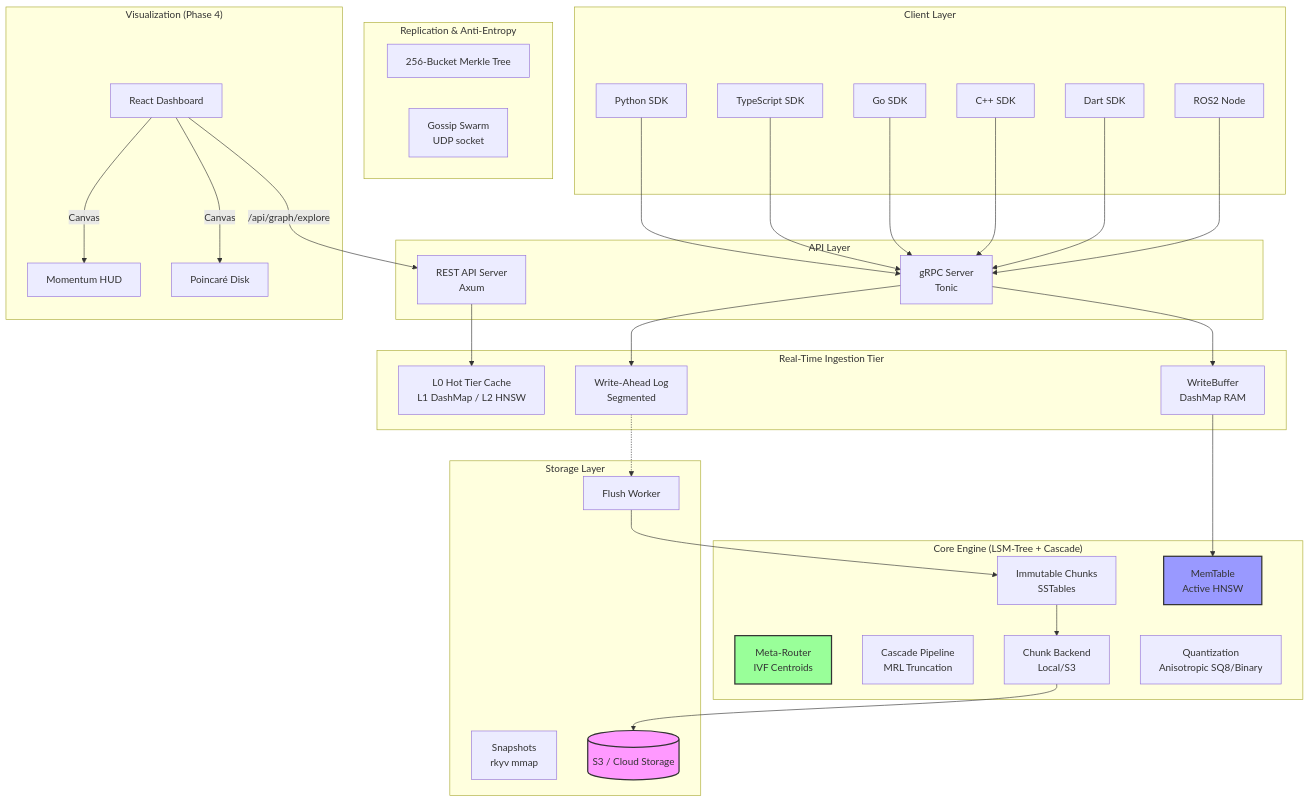
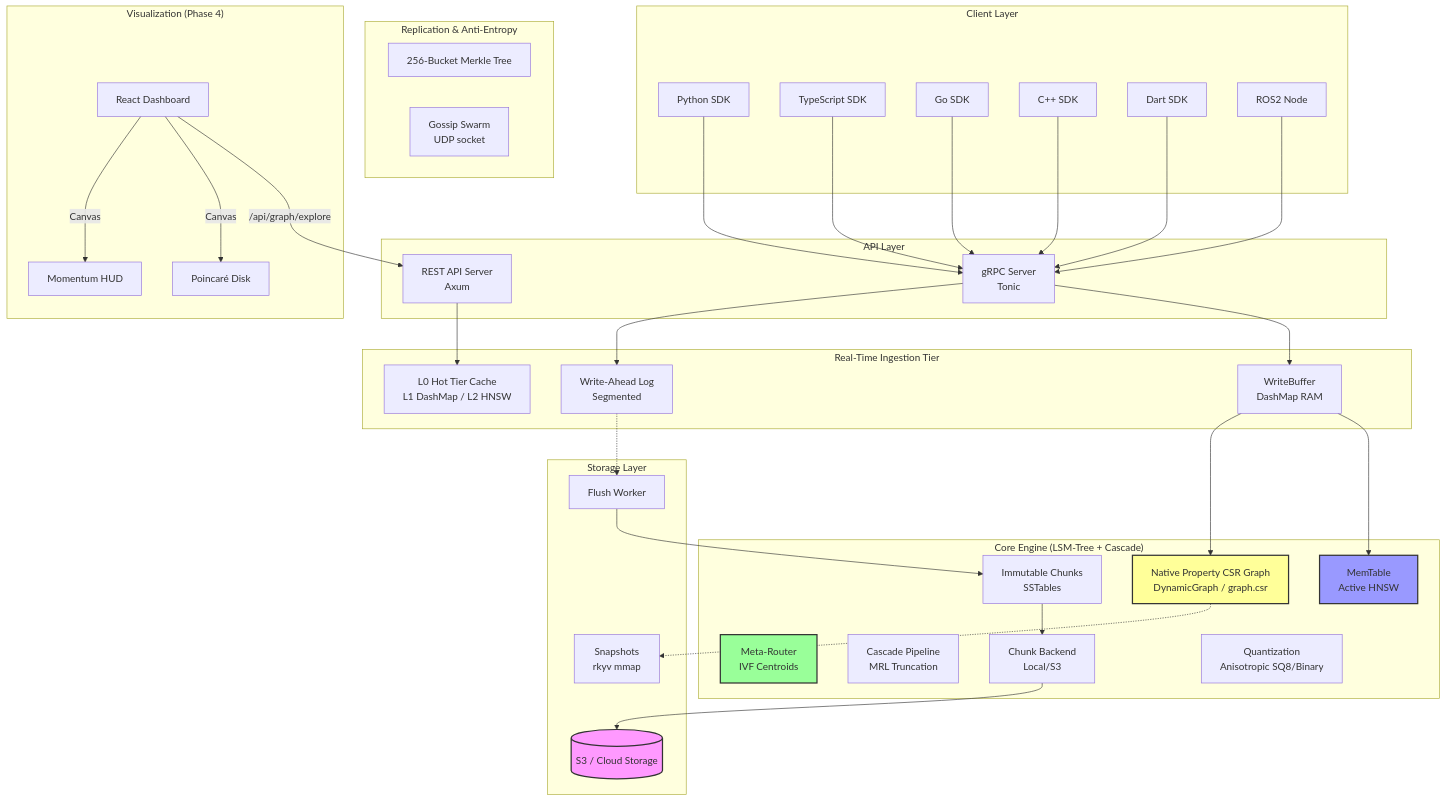
Before and after one commit to YARlabs/hyperspace-db: the first of 10 diagrams in ARCHITECTURE.md, drawn with Mermaid. The commit also changed other lines of this file and 97 other files, not shown here.

````diff
--- a/ARCHITECTURE.md
+++ b/ARCHITECTURE.md
@@ -11,70 +11,74 @@
 ```mermaid
 graph TB
     subgraph "Client Layer"
         PY[Python SDK]
         TS[TypeScript SDK]
         GO[Go SDK]
         CPP[C++ SDK]
         DART[Dart SDK]
         ROS2[ROS2 Node]
     end
     
     subgraph "API Layer"
         GRPC[gRPC Server<br/>Tonic]
         REST[REST API Server<br/>Axum]
     end
     
     subgraph "Real-Time Ingestion Tier"
         WB[WriteBuffer<br/>DashMap RAM]
         WAL[Write-Ahead Log<br/>Segmented]
         CACHE[L0 Hot Tier Cache<br/>L1 DashMap / L2 HNSW]
     end
     
     subgraph "Core Engine (LSM-Tree + Cascade)"
         MEM[MemTable<br/>Active HNSW]
+        GRAPH[Native Property CSR Graph<br/>DynamicGraph / graph.csr]
         CHUNK[Immutable Chunks<br/>SSTables]
         ROUTER[Meta-Router<br/>IVF Centroids]
         CASCADE[Cascade Pipeline<br/>MRL Truncation]
         BACKEND[Chunk Backend<br/>Local/S3]
         QUANT[Quantization<br/>Anisotropic SQ8/Binary]
     end
     
     subgraph "Storage Layer"
         FLUSH[Flush Worker]
         SNAP[Snapshots<br/>rkyv mmap]
         S3[(S3 / Cloud Storage)]
     end
     
     subgraph "Replication & Anti-Entropy"
         MERKLE[256-Bucket Merkle Tree]
         GOSSIP[Gossip Swarm<br/>UDP socket]
     end
 
     subgraph "Visualization (Phase 4)"
         DASH[React Dashboard]
         DASH -->|/api/graph/explore| REST
         DASH -->|Canvas| POINCARE[Poincaré Disk]
         DASH -->|Canvas| MOMENTUM[Momentum HUD]
     end
     
     PY --> GRPC
     TS --> GRPC
     GO --> GRPC
     CPP --> GRPC
     DART --> GRPC
     ROS2 --> GRPC
     
     GRPC --> WB
     GRPC --> WAL
     REST --> CACHE
     
     WB --> MEM
+    WB --> GRAPH
     WAL -.-> FLUSH
     FLUSH --> CHUNK
+    GRAPH -.-> SNAP
     CHUNK --> BACKEND
     BACKEND --> S3
     
     style S3 fill:#f9f,stroke:#333,stroke-width:2px
     style ROUTER fill:#9f9,stroke:#333,stroke-width:2px
     style MEM fill:#99f,stroke:#333,stroke-width:2px
+    style GRAPH fill:#ff9,stroke:#333,stroke-width:2px
 ```
````
